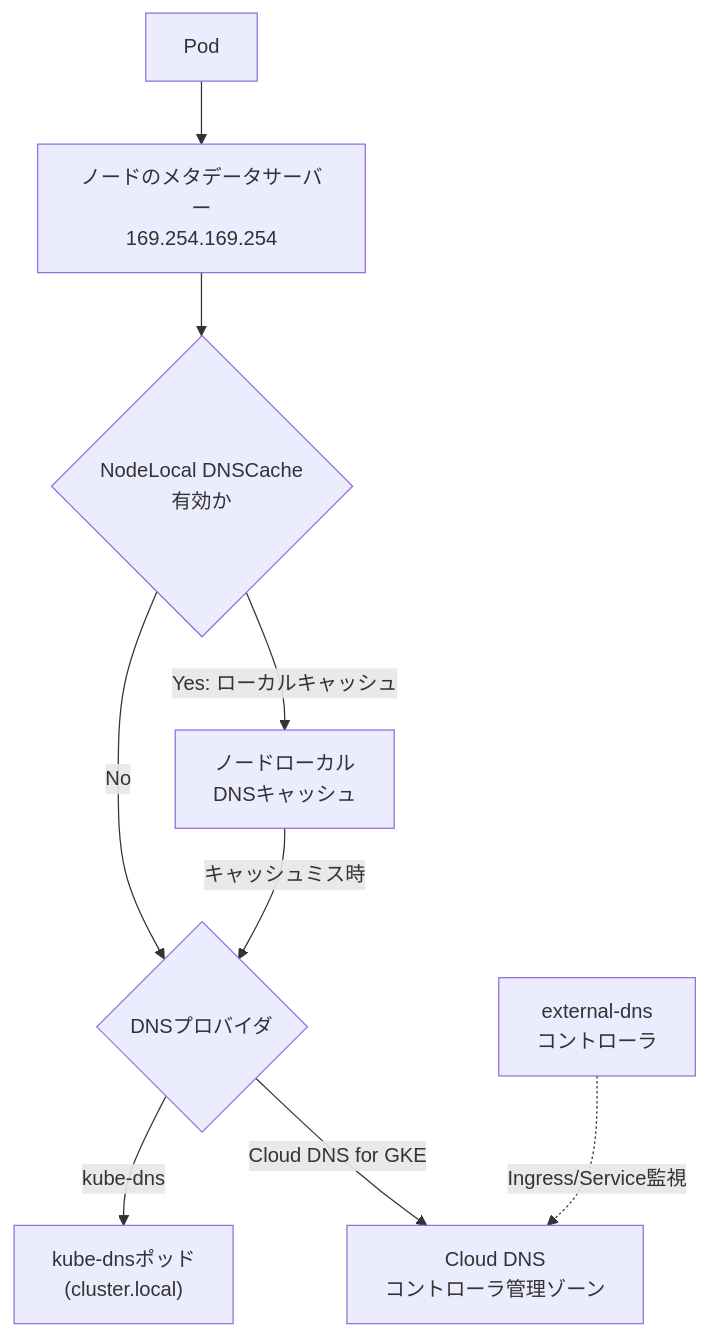
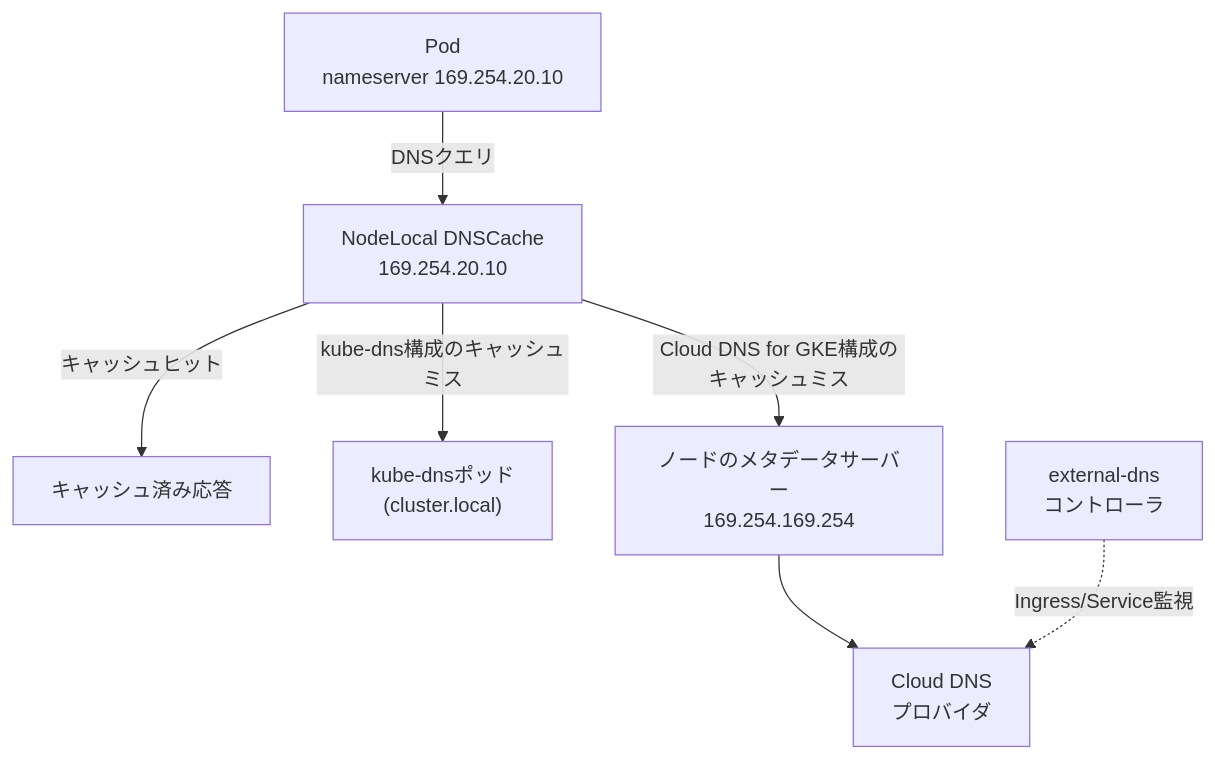
Diagram 11 of 20 in Pcne-s4-cdn-dns-ipam.md (myoshi2891/Cloud-Infrastructure-Studies), drawn with Mermaid before and after one commit. The commit also changed other lines of this file, not shown here.

Commit message:
fix(docs): correct CDN signing and GKE DNS flow

````diff
--- a/Pcne-s4-cdn-dns-ipam.md
+++ b/Pcne-s4-cdn-dns-ipam.md
@@ -528,11 +528,9 @@
 ```mermaid
 flowchart TD
-    Pod[Pod] --> MD["ノードのメタデータサーバー<br/>169.254.169.254"]
-    MD --> NLD{NodeLocal DNSCache<br/>有効か}
-    NLD -->|Yes: ローカルキャッシュ| Cache[ノードローカル<br/>DNSキャッシュ]
-    NLD -->|No| Provider
-    Cache -->|キャッシュミス時| Provider{DNSプロバイダ}
-    Provider -->|kube-dns| KD["kube-dnsポッド<br/>(cluster.local)"]
-    Provider -->|Cloud DNS for GKE| CD[Cloud DNS<br/>コントローラ管理ゾーン]
+    Pod["Pod<br/>nameserver 169.254.20.10"] -->|DNSクエリ| Cache["NodeLocal DNSCache<br/>169.254.20.10"]
+    Cache -->|キャッシュヒット| Answer[キャッシュ済み応答]
+    Cache -->|kube-dns構成のキャッシュミス| KD["kube-dnsポッド<br/>(cluster.local)"]
+    Cache -->|Cloud DNS for GKE構成のキャッシュミス| MD["ノードのメタデータサーバー<br/>169.254.169.254"]
+    MD --> CD[Cloud DNS<br/>プロバイダ]
     Ext[external-dns<br/>コントローラ] -.Ingress/Service監視.-> CD
 ```
````
